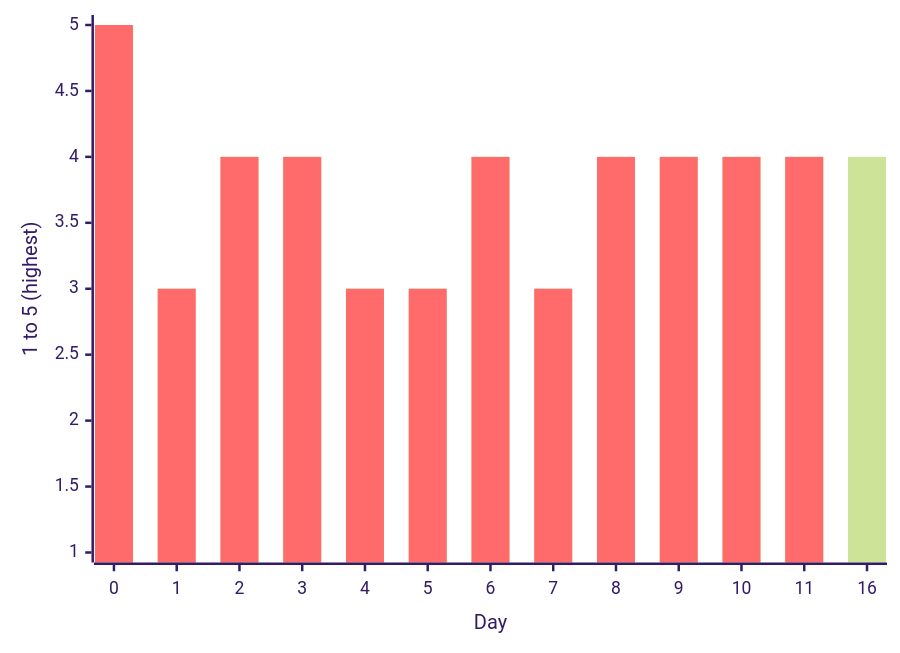
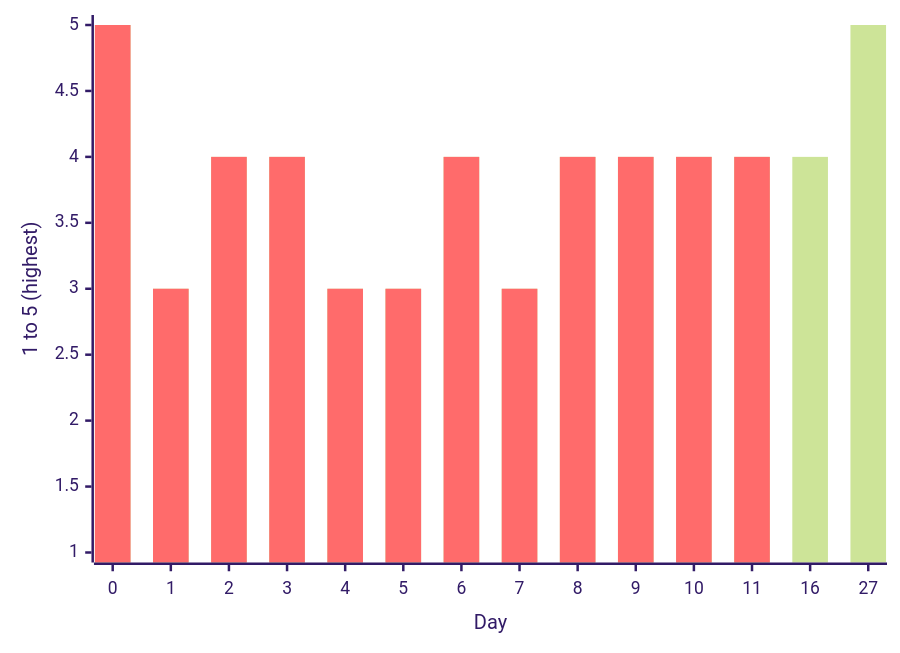
One commit to phil-m-kopp/phil-m-kopp.github.io changed the second of 16 diagrams in docs/articles/posts/personal-development/experience-strict-fasting-8days/experience-strict-fasting-8days.md. Above: the diagram before and after it, drawn with Mermaid (forest theme). The commit also changed other lines of this file and 7 other files, not shown here.

````diff
--- a/docs/articles/posts/personal-development/experience-strict-fasting-8days/experience-strict-fasting-8days.md
+++ b/docs/articles/posts/personal-development/experience-strict-fasting-8days/experience-strict-fasting-8days.md
@@ -148,8 +156,8 @@
 ``` mermaid
 xychart-beta
-        x-axis "Day" [0, 1, 2, 3, 4, 5, 6, 7, 8, 9, 10, 11, 16]
+        x-axis "Day" [0, 1, 2, 3, 4, 5, 6, 7, 8, 9, 10, 11, 16, 27]
         y-axis "1 to 5 (highest)" 1 --> 5
 
-        bar "Power" [5, 3, 4, 4, 3, 3, 4, 3, 4, 4, 4, 4, 4]
+        bar "Power" [5, 3, 4, 4, 3, 3, 4, 3, 4, 4, 4, 4, 4, 5]
         bar "Power" [5, 3, 4, 4, 3, 3, 4, 3, 4, 4, 4, 4]
 ```
````
